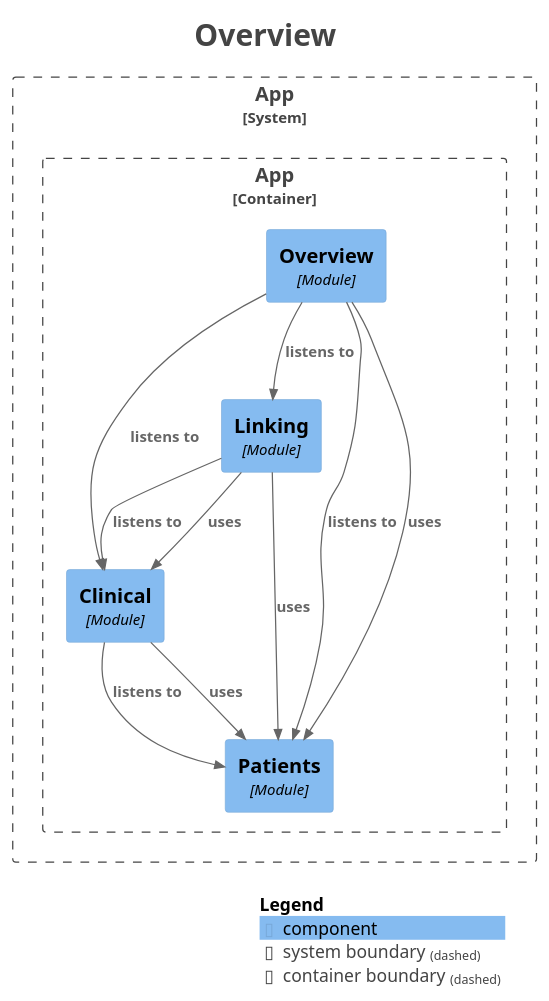
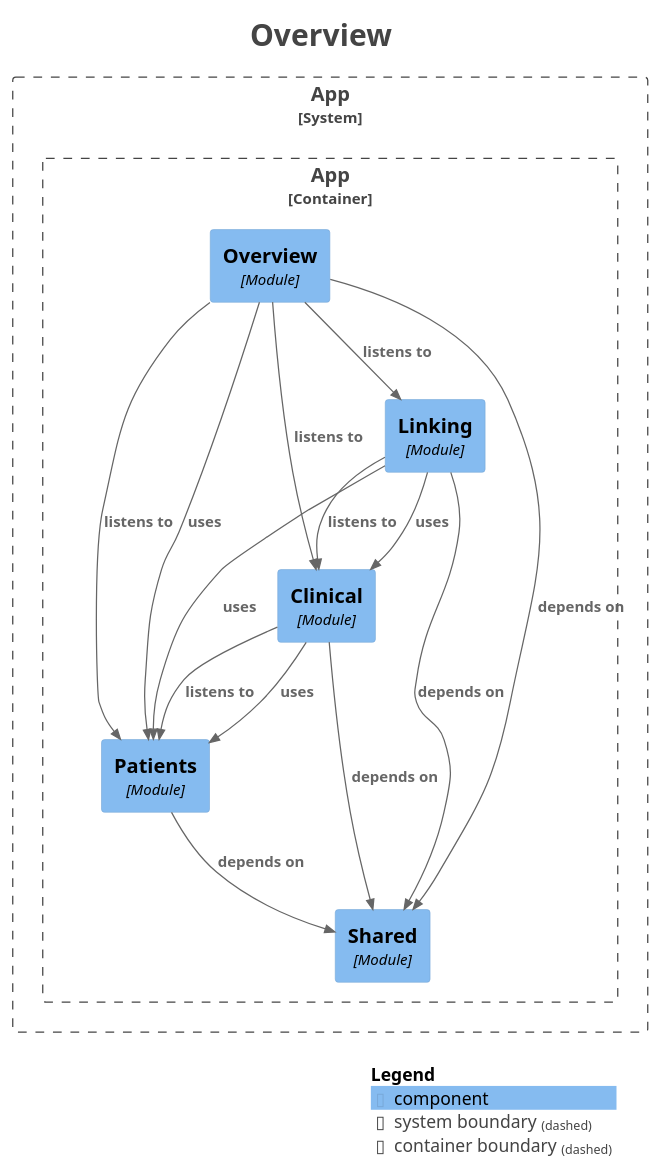
The diagram in docs/generated/module-overview.puml (mrscams/psymate-api), drawn with PlantUML before and after one commit. The commit also changed 58 other files, not shown here.

```diff
--- a/docs/generated/module-overview.puml
+++ b/docs/generated/module-overview.puml
@@ -1,40 +1,45 @@
 @startuml
 title <size:24>Overview</size>
 
 set separator none
 top to bottom direction
 
 <style>
   root {
     BackgroundColor: #ffffff
     FontColor: #444444
   }
 </style>
 
 !include <C4/C4>
 !include <C4/C4_Context>
 !include <C4/C4_Component>
 
 System_Boundary("App_boundary", "App", $tags="") {
   Container_Boundary("App.App_boundary", "App", $tags="") {
     Component(App.App.Clinical, "Clinical", $techn="Module", $descr="", $tags="", $link="")
     Component(App.App.Linking, "Linking", $techn="Module", $descr="", $tags="", $link="")
     Component(App.App.Overview, "Overview", $techn="Module", $descr="", $tags="", $link="")
     Component(App.App.Patients, "Patients", $techn="Module", $descr="", $tags="", $link="")
+    Component(App.App.Shared, "Shared", $techn="Module", $descr="", $tags="", $link="")
   }
 
 }
 
 Rel(App.App.Clinical, App.App.Patients, "listens to", $techn="", $tags="", $link="")
 Rel(App.App.Clinical, App.App.Patients, "uses", $techn="", $tags="", $link="")
+Rel(App.App.Clinical, App.App.Shared, "depends on", $techn="", $tags="", $link="")
 Rel(App.App.Linking, App.App.Clinical, "listens to", $techn="", $tags="", $link="")
 Rel(App.App.Linking, App.App.Clinical, "uses", $techn="", $tags="", $link="")
 Rel(App.App.Linking, App.App.Patients, "uses", $techn="", $tags="", $link="")
+Rel(App.App.Linking, App.App.Shared, "depends on", $techn="", $tags="", $link="")
 Rel(App.App.Overview, App.App.Clinical, "listens to", $techn="", $tags="", $link="")
 Rel(App.App.Overview, App.App.Linking, "listens to", $techn="", $tags="", $link="")
 Rel(App.App.Overview, App.App.Patients, "listens to", $techn="", $tags="", $link="")
 Rel(App.App.Overview, App.App.Patients, "uses", $techn="", $tags="", $link="")
+Rel(App.App.Overview, App.App.Shared, "depends on", $techn="", $tags="", $link="")
+Rel(App.App.Patients, App.App.Shared, "depends on", $techn="", $tags="", $link="")
 
 SHOW_LEGEND(true)
 hide stereotypes
 @enduml
```
